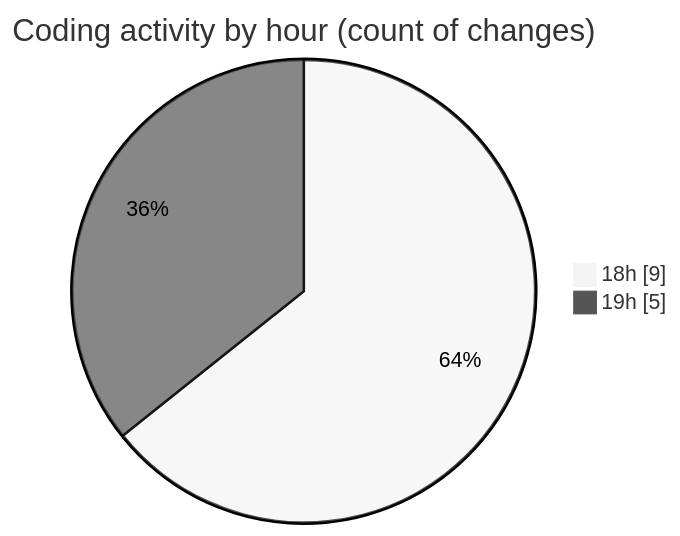
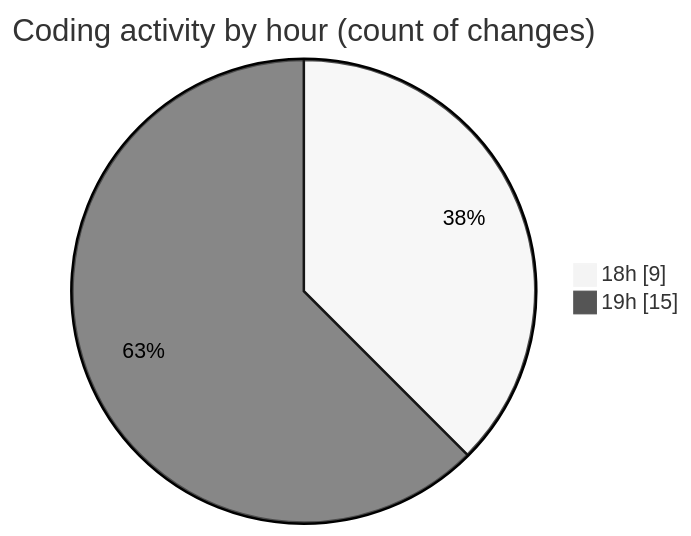
The second of 2 diagrams in 2025-04-28/date/README.md (Netris89/code-tracking), drawn with Mermaid (neutral theme) before and after one commit. The commit also changed other lines of this file and 1 other file, not shown here.

````diff
--- a/2025-04-28/date/README.md
+++ b/2025-04-28/date/README.md
@@ -32,6 +32,6 @@
 ```mermaid
 pie showData
 title Coding activity by hour (count of changes)
 "18h" : 9
-"19h" : 5
+"19h" : 15
 ```
````
